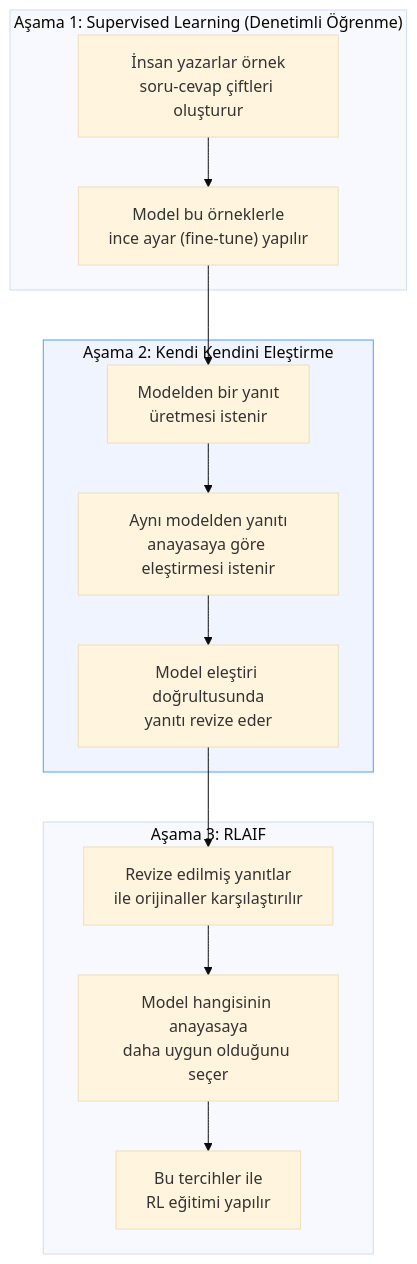
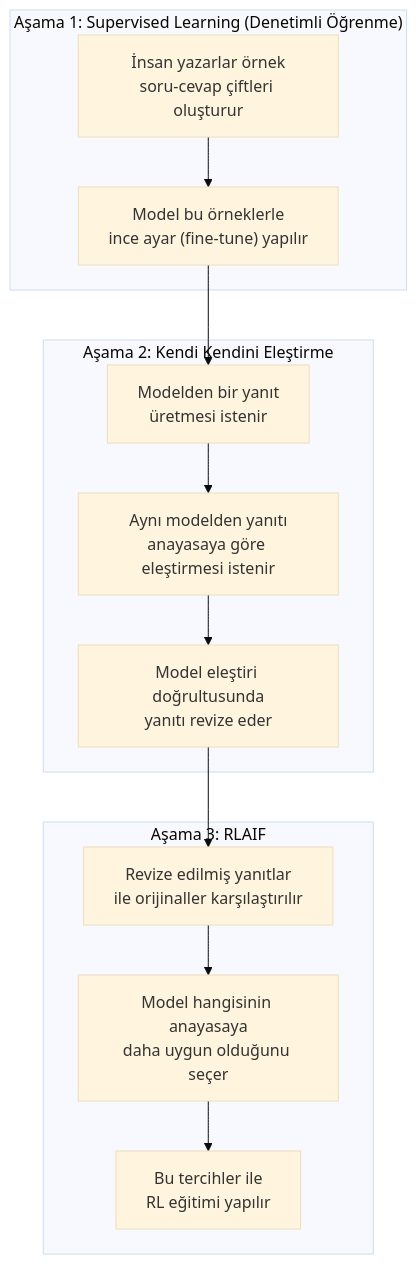
One commit to IzzetYasinAtes/ClaudeCodeHandbook changed the third of 6 diagrams in 03-llm-saglayicilari/02-anthropic.md. Above: the diagram before and after it, drawn with Mermaid (base theme). The commit also changed other lines of this file and 97 other files, not shown here.

Commit message:
Remove all custom Mermaid style/fill colors from 98 markdown files for consistent dark theme rendering

````diff
--- a/03-llm-saglayicilari/02-anthropic.md
+++ b/03-llm-saglayicilari/02-anthropic.md
@@ -75,21 +72,20 @@
 ```mermaid
 flowchart TD
     subgraph asama1 ["Aşama 1: Supervised Learning (Denetimli Öğrenme)"]
         A["İnsan yazarlar örnek<br/>soru-cevap çiftleri oluşturur"] --> B["Model bu örneklerle<br/>ince ayar (fine-tune) yapılır"]
     end
 
     subgraph asama2 ["Aşama 2: Kendi Kendini Eleştirme"]
         C["Modelden bir yanıt<br/>üretmesi istenir"] --> D["Aynı modelden yanıtı<br/>anayasaya göre eleştirmesi istenir"]
         D --> E["Model eleştiri doğrultusunda<br/>yanıtı revize eder"]
     end
 
     subgraph asama3 ["Aşama 3: RLAIF"]
         F["Revize edilmiş yanıtlar<br/>ile orijinaller karşılaştırılır"] --> G["Model hangisinin anayasaya<br/>daha uygun olduğunu seçer"]
         G --> H["Bu tercihler ile<br/>RL eğitimi yapılır"]
     end
 
     B --> C
     E --> F
 
-    style asama2 fill:#f0f4ff,stroke:#4a9eff
 ```
````
